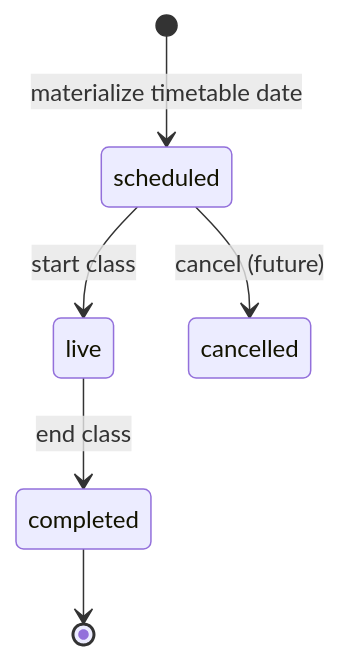
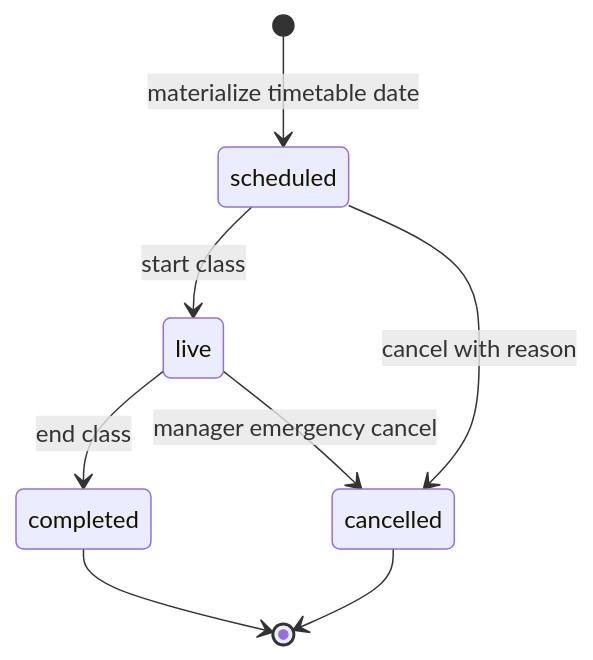
The third of 3 diagrams in docs/architecture/data-model.md (albertbestTH/classroom-os), drawn with Mermaid before and after one commit. The commit also changed other lines of this file and 56 other files, not shown here.

````diff
--- a/docs/architecture/data-model.md
+++ b/docs/architecture/data-model.md
@@ -169,8 +169,10 @@
 ```mermaid
 stateDiagram-v2
     [*] --> scheduled: materialize timetable date
     scheduled --> live: start class
     live --> completed: end class
-    scheduled --> cancelled: cancel (future)
+    scheduled --> cancelled: cancel with reason
+    live --> cancelled: manager emergency cancel
     completed --> [*]
+    cancelled --> [*]
 ```
````
